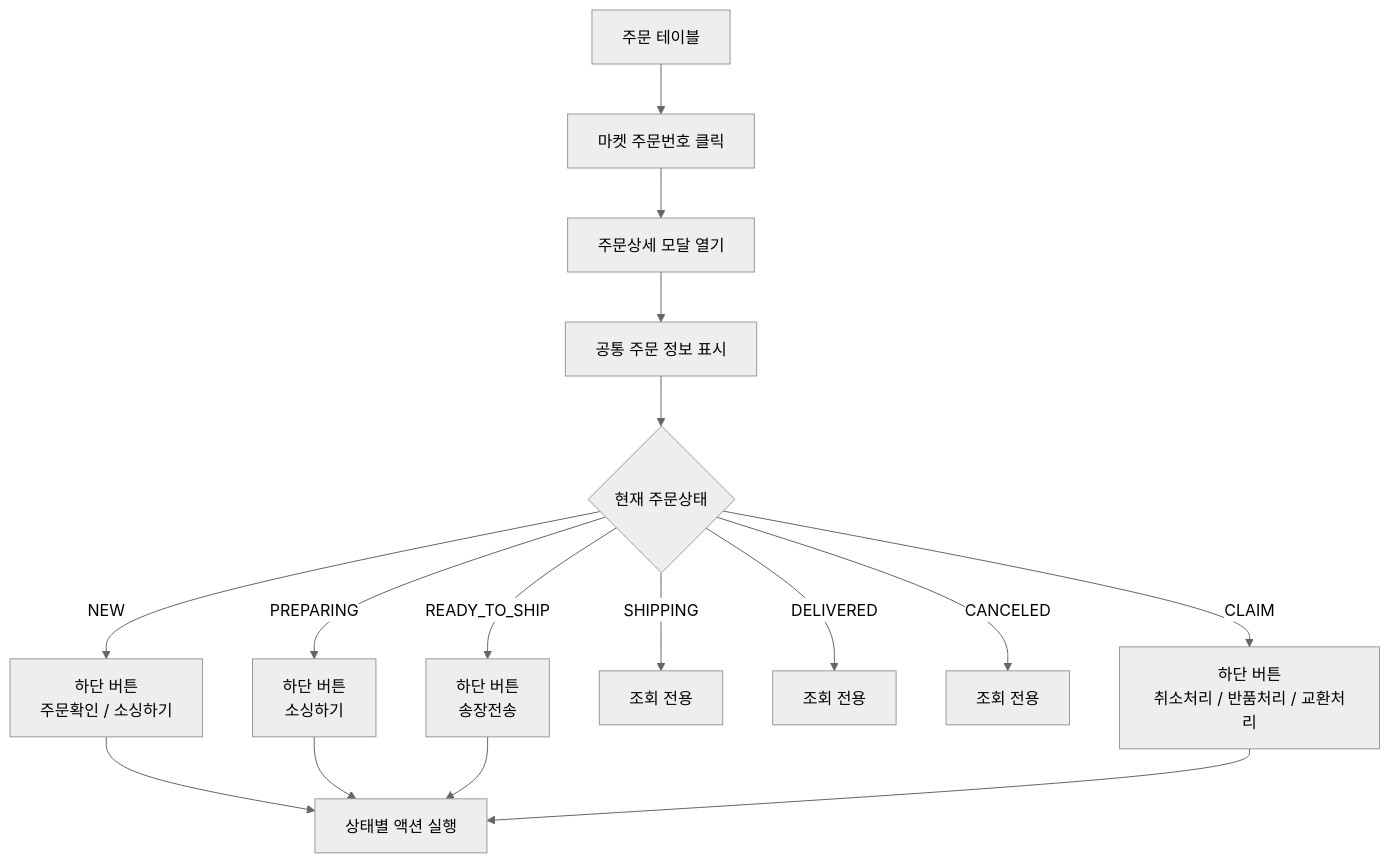
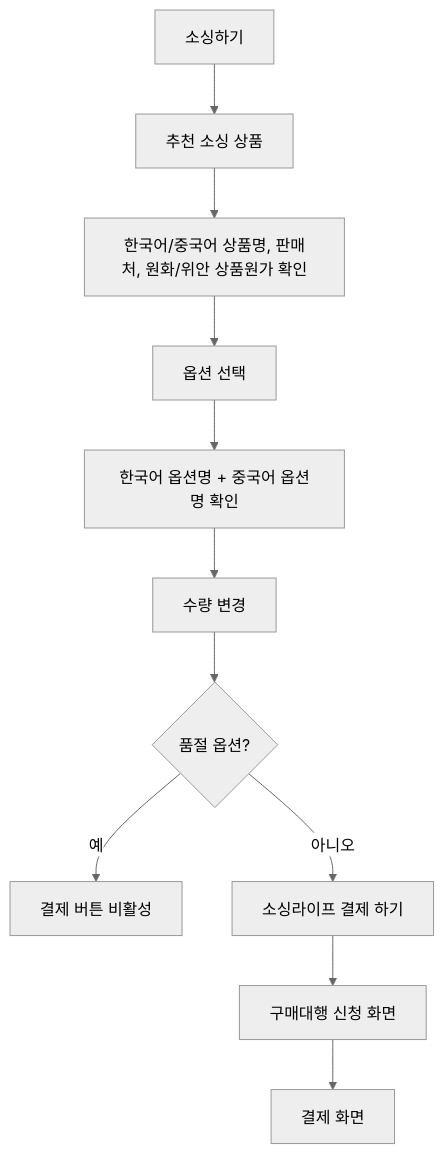
Before and after one commit to moonceo/Jmpp: the second of 5 diagrams in docs/08_유저플로우/01_주문처리_유저플로우.md, drawn with Mermaid (neutral theme). The commit also changed other lines of this file and 71 other files, not shown here.

````diff
--- a/docs/08_유저플로우/01_주문처리_유저플로우.md
+++ b/docs/08_유저플로우/01_주문처리_유저플로우.md
@@ -85,20 +46,13 @@
 ```mermaid
 flowchart TD
-    A["주문 테이블"] --> B["마켓 주문번호 클릭"]
-    B --> C["주문상세 모달 열기"]
-    C --> D["공통 주문 정보 표시"]
-    D --> E{"현재 주문상태"}
-
-    E -->|"NEW"| F["하단 버튼<br/>주문확인 / 소싱하기"]
-    E -->|"PREPARING"| G["하단 버튼<br/>소싱하기"]
-    E -->|"READY_TO_SHIP"| H["하단 버튼<br/>송장전송"]
-    E -->|"SHIPPING"| I["조회 전용"]
-    E -->|"DELIVERED"| J["조회 전용"]
-    E -->|"CANCELED"| M["조회 전용"]
-    E -->|"CLAIM"| K["하단 버튼<br/>취소처리 / 반품처리 / 교환처리"]
-
-    F --> L["상태별 액션 실행"]
-    G --> L
-    H --> L
-    K --> L
+    A["소싱하기"] --> B["추천 소싱 상품"]
+    B --> C["한국어/중국어 상품명, 판매처, 원화/위안 상품원가 확인"]
+    C --> D["옵션 선택"]
+    D --> E["한국어 옵션명 + 중국어 옵션명 확인"]
+    E --> F["수량 변경"]
+    F --> G{"품절 옵션?"}
+    G -->|"예"| H["결제 버튼 비활성"]
+    G -->|"아니오"| I["소싱라이프 결제 하기"]
+    I --> J["구매대행 신청 화면"]
+    J --> K["결제 화면"]
 ```
````
